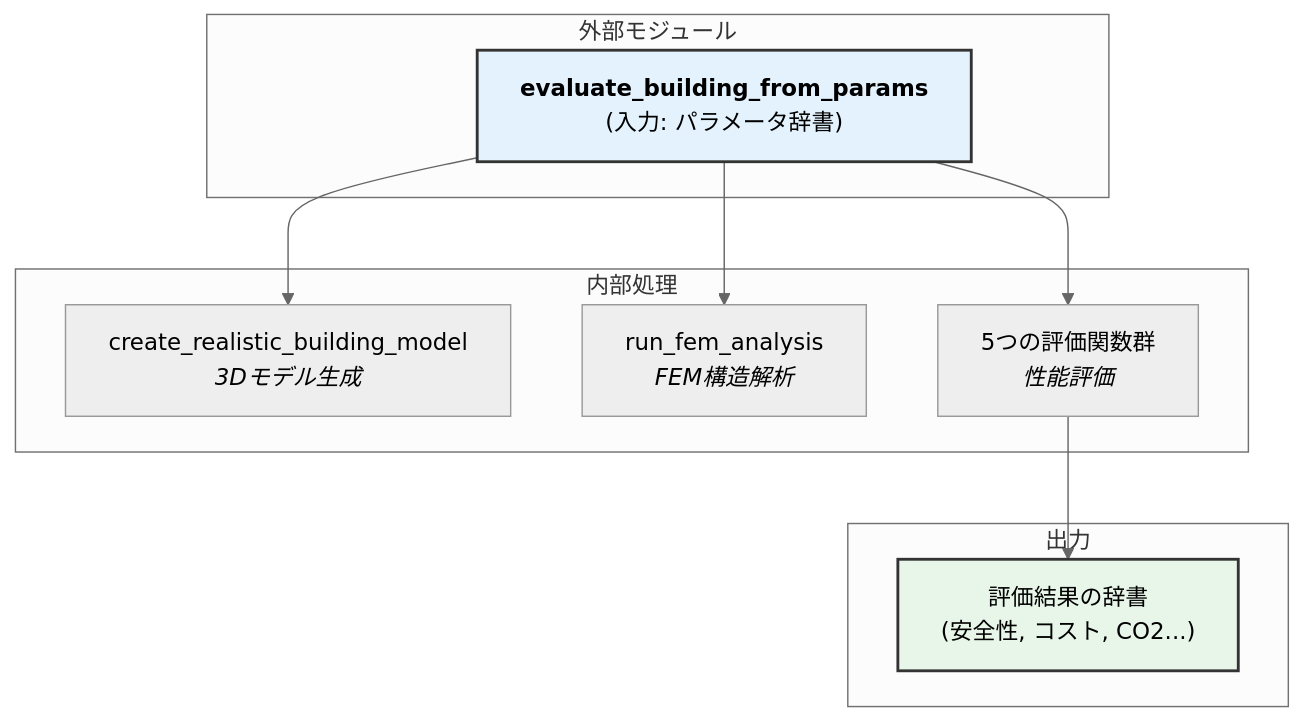
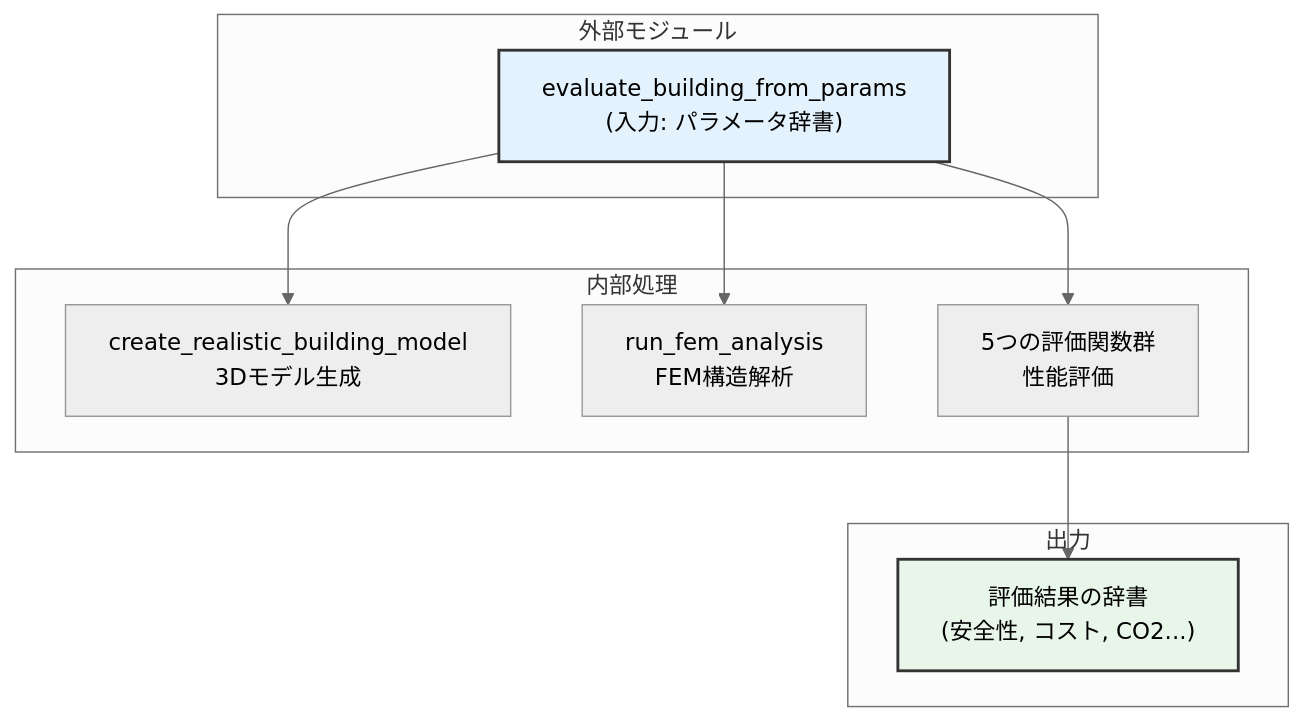
Before and after one commit to jkushida/ai-arch: the first of 2 diagrams in docs/generate_building_fem_analyze_report_revised.md, drawn with Mermaid (neutral theme). The commit also changed other lines of this file and 1 other file, not shown here.

Commit message:
Fix all Mermaid syntax errors in documentation 🛠️
- Removed HTML tags from Mermaid nodes (b, i tags)
- Changed '&' to 'and' in subgraph names to avoid parsing issues
- Regenerated all HTML files with corrected Mermaid diagrams

````diff
--- a/docs/generate_building_fem_analyze_report_revised.md
+++ b/docs/generate_building_fem_analyze_report_revised.md
@@ -13,24 +13,24 @@
 ```mermaid
 graph TD
     subgraph 外部モジュール
-        A["<b>evaluate_building_from_params</b><br>(入力: パラメータ辞書)"]
+        A["evaluate_building_from_params<br>(入力: パラメータ辞書)"]
     end
 
     subgraph 内部処理
-        B["create_realistic_building_model<br><i>3Dモデル生成</i>"]
-        C["run_fem_analysis<br><i>FEM構造解析</i>"]
-        D["5つの評価関数群<br><i>性能評価</i>"]
+        B["create_realistic_building_model<br>3Dモデル生成"]
+        C["run_fem_analysis<br>FEM構造解析"]
+        D["5つの評価関数群<br>性能評価"]
     end
 
     subgraph 出力
         E["評価結果の辞書<br>(安全性, コスト, CO2...) "]
     end
 
     A --> B
     A --> C
     A --> D
     D --> E
 
     style A fill:#e3f2fd,stroke:#333,stroke-width:2px
     style E fill:#e8f5e9,stroke:#333,stroke-width:2px
 ```
````
